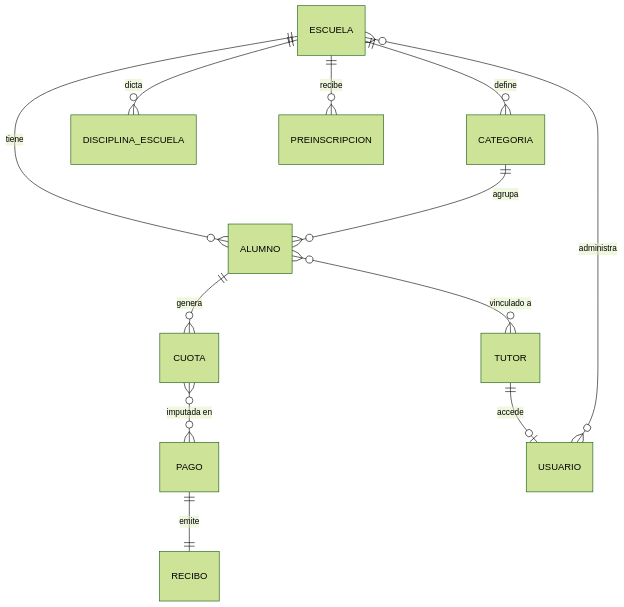
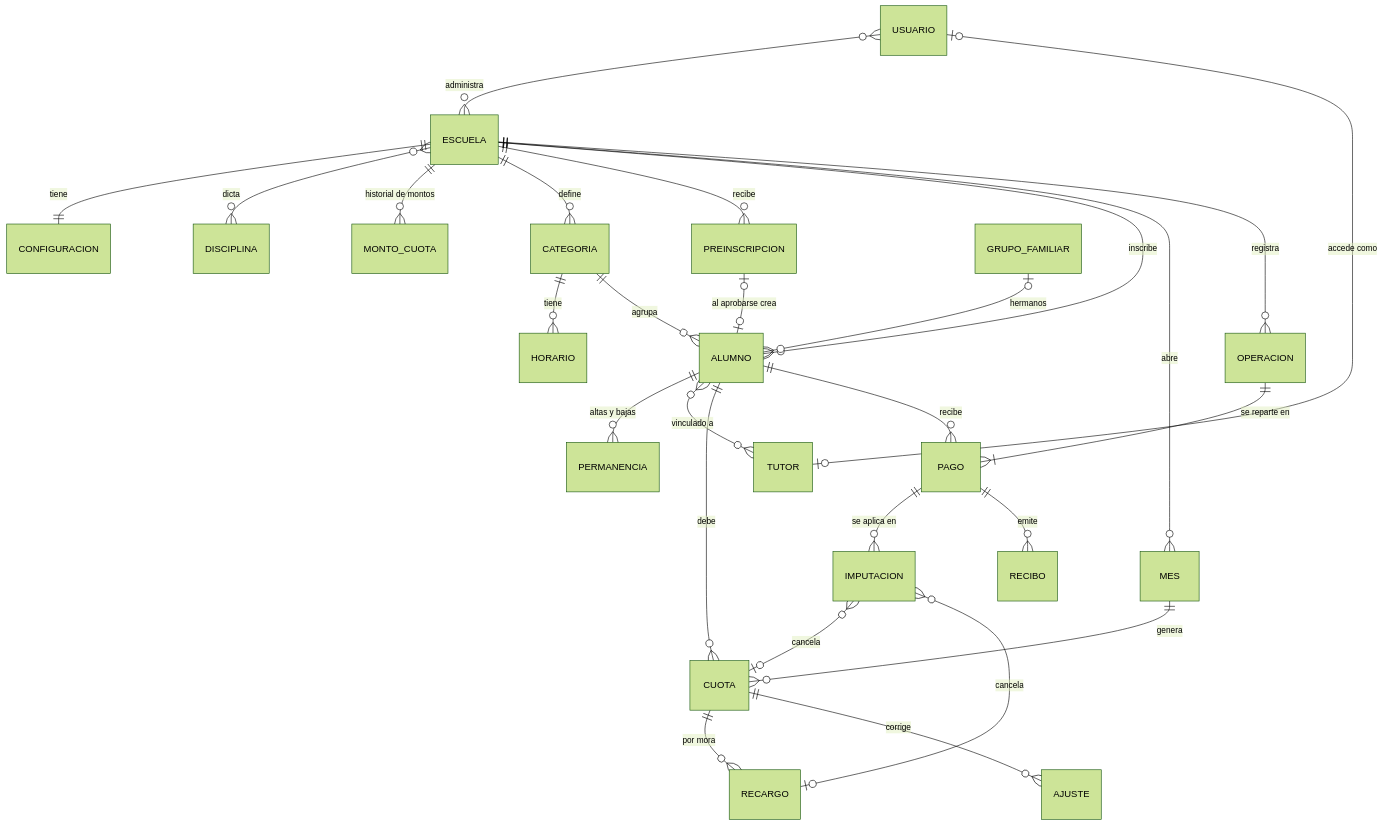
One commit to Marigi84/gestion-escuelas-deportivas changed the diagram in docs/04-modelo-de-datos/index.md. Above: the diagram before and after it, drawn with Mermaid (forest theme). The commit also changed other lines of this file, not shown here.

````diff
--- a/docs/04-modelo-de-datos/index.md
+++ b/docs/04-modelo-de-datos/index.md
@@ -8,14 +18,32 @@
 ```mermaid
 erDiagram
+    ESCUELA ||--|| CONFIGURACION : tiene
+    ESCUELA }o--o{ DISCIPLINA : dicta
+    ESCUELA ||--o{ MONTO_CUOTA : "historial de montos"
     ESCUELA ||--o{ CATEGORIA : define
-    ESCUELA ||--o{ DISCIPLINA_ESCUELA : dicta
+    CATEGORIA ||--o{ HORARIO : tiene
+    USUARIO }o--o{ ESCUELA : administra
+    USUARIO |o--o| TUTOR : "accede como"
+
     ESCUELA ||--o{ PREINSCRIPCION : recibe
-    ESCUELA ||--o{ ALUMNO : tiene
+    PREINSCRIPCION |o--o| ALUMNO : "al aprobarse crea"
+    ESCUELA ||--o{ ALUMNO : inscribe
     CATEGORIA ||--o{ ALUMNO : agrupa
+    GRUPO_FAMILIAR |o--o{ ALUMNO : "hermanos"
+    ALUMNO ||--o{ PERMANENCIA : "altas y bajas"
     ALUMNO }o--o{ TUTOR : "vinculado a"
-    ALUMNO ||--o{ CUOTA : genera
-    CUOTA }o--o{ PAGO : "imputada en"
-    PAGO ||--|| RECIBO : emite
-    USUARIO }o--o{ ESCUELA : administra
-    TUTOR ||--o| USUARIO : accede
+
+    ESCUELA ||--o{ MES : abre
+    MES ||--o{ CUOTA : genera
+    ALUMNO ||--o{ CUOTA : debe
+    CUOTA ||--o{ RECARGO : "por mora"
+    CUOTA ||--o{ AJUSTE : corrige
+
+    ESCUELA ||--o{ OPERACION : registra
+    OPERACION ||--|{ PAGO : "se reparte en"
+    ALUMNO ||--o{ PAGO : recibe
+    PAGO ||--o{ IMPUTACION : "se aplica en"
+    IMPUTACION }o--o| CUOTA : cancela
+    IMPUTACION }o--o| RECARGO : cancela
+    PAGO ||--o{ RECIBO : emite
 ```
````
